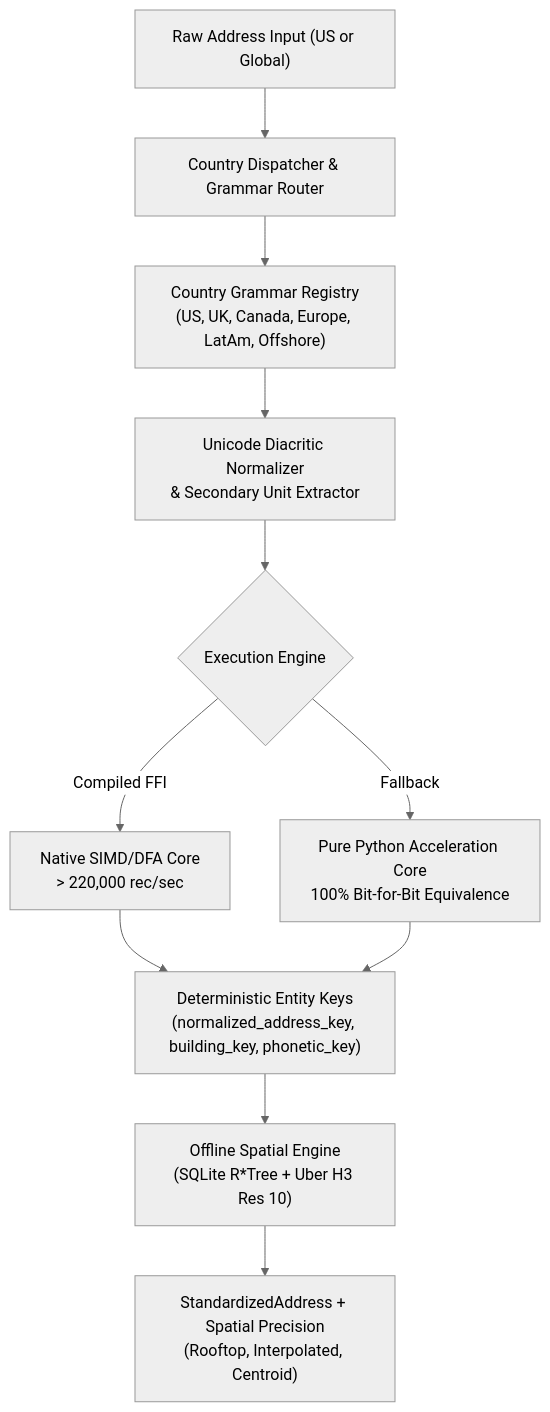
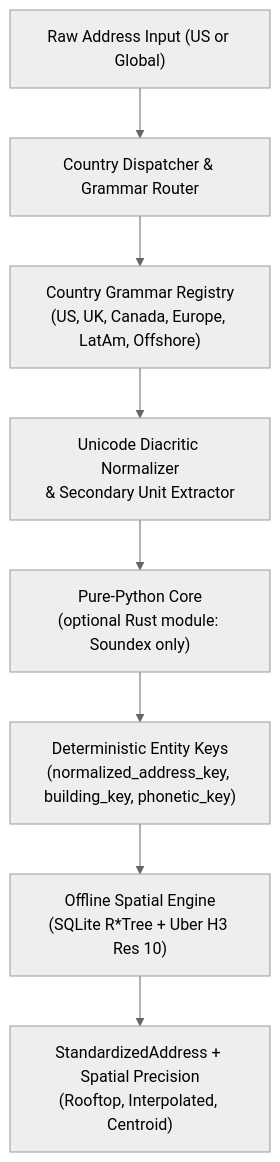
The diagram in README.md (Jacob-white/Address-Standardizer), drawn with Mermaid (neutral theme) before and after one commit. The commit also changed other lines of this file and 2 other files, not shown here.

````diff
--- a/README.md
+++ b/README.md
@@ -100,13 +106,10 @@
 ```mermaid
 graph TD
     Raw["Raw Address Input (US or Global)"] --> Dispatcher["Country Dispatcher & Grammar Router"]
     Dispatcher --> CountryGrammar["Country Grammar Registry<br/>(US, UK, Canada, Europe, LatAm, Offshore)"]
     CountryGrammar --> Normalizer["Unicode Diacritic Normalizer<br/>& Secondary Unit Extractor"]
-    Normalizer --> Engine{"Execution Engine"}
-    Engine -->|Compiled FFI| NativeCore["Native SIMD/DFA Core<br/>&gt; 220,000 rec/sec"]
-    Engine -->|Fallback| PurePythonCore["Pure Python Acceleration Core<br/>100% Bit-for-Bit Equivalence"]
-    NativeCore --> MatchingKeys["Deterministic Entity Keys<br/>(normalized_address_key, building_key, phonetic_key)"]
-    PurePythonCore --> MatchingKeys
+    Normalizer --> Core["Pure-Python Core<br/>(optional Rust module: Soundex only)"]
+    Core --> MatchingKeys["Deterministic Entity Keys<br/>(normalized_address_key, building_key, phonetic_key)"]
     MatchingKeys --> Spatial["Offline Spatial Engine<br/>(SQLite R*Tree + Uber H3 Res 10)"]
     Spatial --> Output["StandardizedAddress + Spatial Precision<br/>(Rooftop, Interpolated, Centroid)"]
 ```
````
